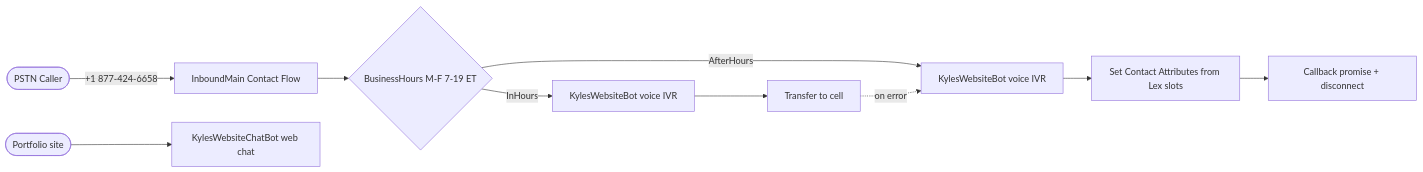
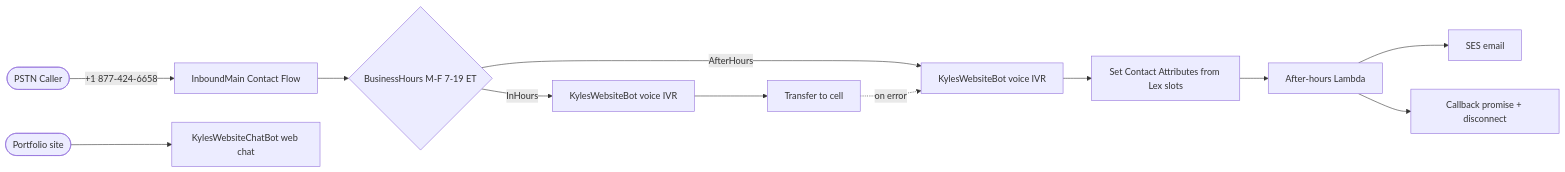
The diagram in README.md (KHamwey/terraform-aws-connect-callcenter), drawn with Mermaid before and after one commit. The commit also changed other lines of this file and 6 other files, not shown here.

````diff
--- a/README.md
+++ b/README.md
@@ -9,13 +9,15 @@
 ```mermaid
 flowchart LR
     Caller([PSTN Caller]) -->|"+1 877-424-6658"| Flow[InboundMain Contact Flow]
     Flow --> Hours{"BusinessHours M-F 7-19 ET"}
     Hours -->|InHours| LexA[KylesWebsiteBot voice IVR]
     LexA --> Transfer[Transfer to cell]
     Hours -->|AfterHours| LexB[KylesWebsiteBot voice IVR]
     LexB --> Attrs[Set Contact Attributes from Lex slots]
-    Attrs --> Bye[Callback promise + disconnect]
+    Attrs --> Lambda[After-hours Lambda]
+    Lambda --> SES[SES email]
+    Lambda --> Bye[Callback promise + disconnect]
     Transfer -.->|on error| LexB
 
     Site([Portfolio site]) --> ChatLex[KylesWebsiteChatBot web chat]
 ```
````
